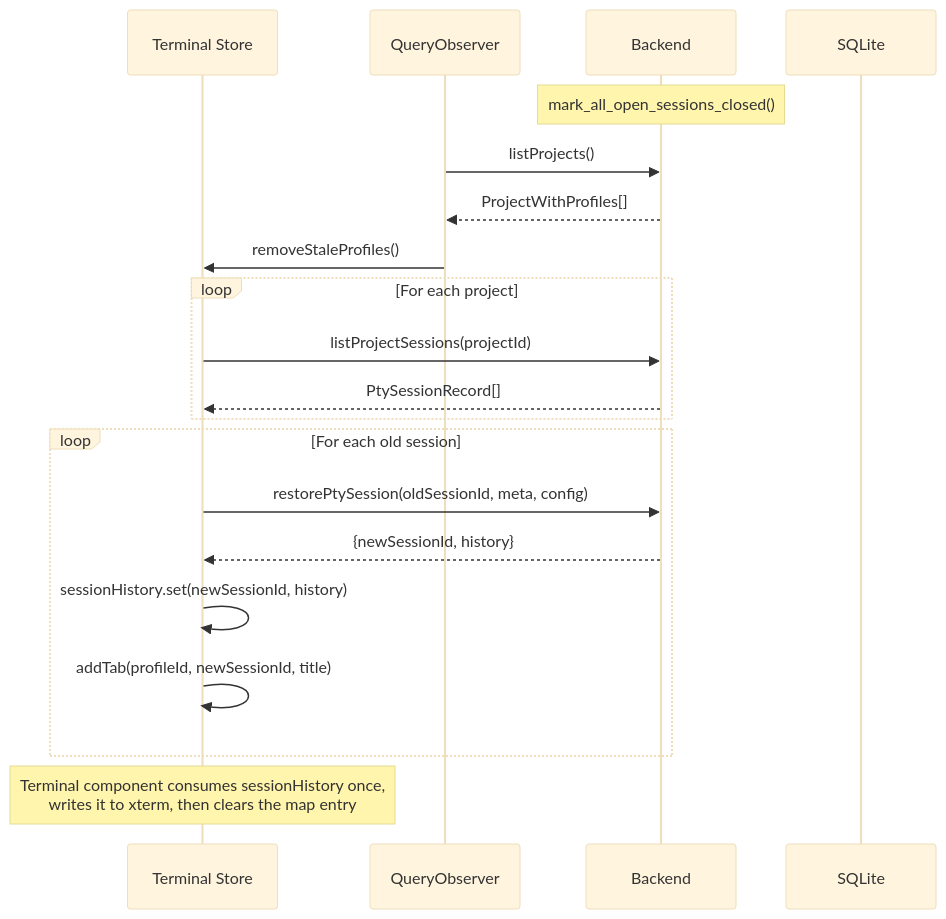
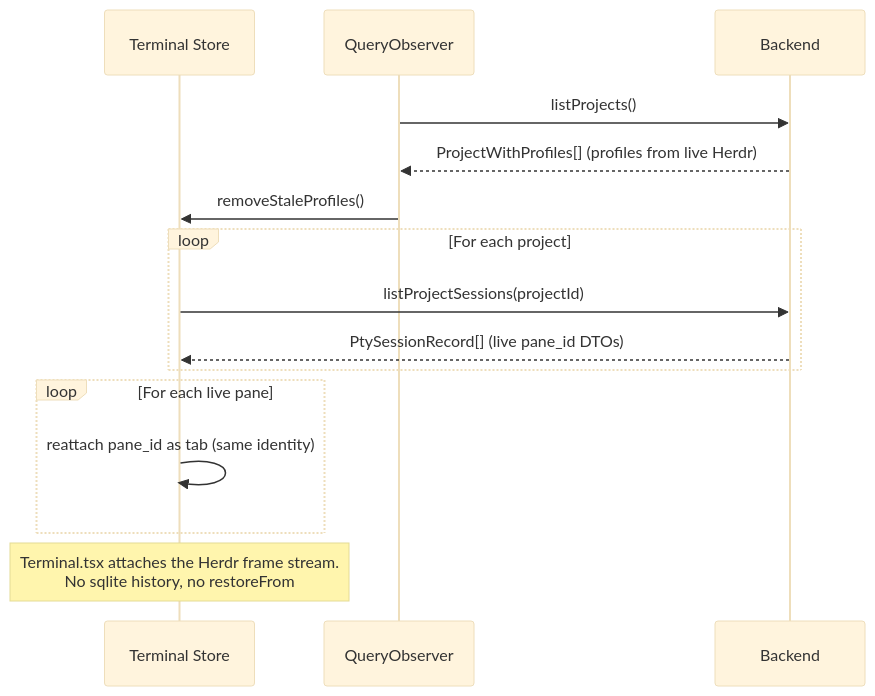
One commit to AkaraChen/2code changed the third of 5 diagrams in docs/data-flow.md. Above: the diagram before and after it, drawn with Mermaid (base theme). The commit also changed other lines of this file, not shown here.

First line of the commit message:
docs: replace Local PTY data-flow with Herdr pane_id reattach

````diff
--- a/docs/data-flow.md
+++ b/docs/data-flow.md
@@ -87,26 +73,21 @@
 ```mermaid
 sequenceDiagram
     participant Store as Terminal Store
     participant QO as QueryObserver
     participant BE as Backend
-    participant DB as SQLite
 
-    Note over BE: mark_all_open_sessions_closed()
     QO->>BE: listProjects()
-    BE-->>QO: ProjectWithProfiles[]
+    BE-->>QO: ProjectWithProfiles[] (profiles from live Herdr)
     QO->>Store: removeStaleProfiles()
 
     loop For each project
         Store->>BE: listProjectSessions(projectId)
-        BE-->>Store: PtySessionRecord[]
+        BE-->>Store: PtySessionRecord[] (live pane_id DTOs)
     end
 
-    loop For each old session
-        Store->>BE: restorePtySession(oldSessionId, meta, config)
-        BE-->>Store: {newSessionId, history}
-        Store->>Store: sessionHistory.set(newSessionId, history)
-        Store->>Store: addTab(profileId, newSessionId, title)
+    loop For each live pane
+        Store->>Store: reattach pane_id as tab (same identity)
     end
 
-    Note over Store: Terminal component consumes sessionHistory once,<br/>writes it to xterm, then clears the map entry
+    Note over Store: Terminal.tsx attaches the Herdr frame stream.<br/>No sqlite history, no restoreFrom
 ```
````
